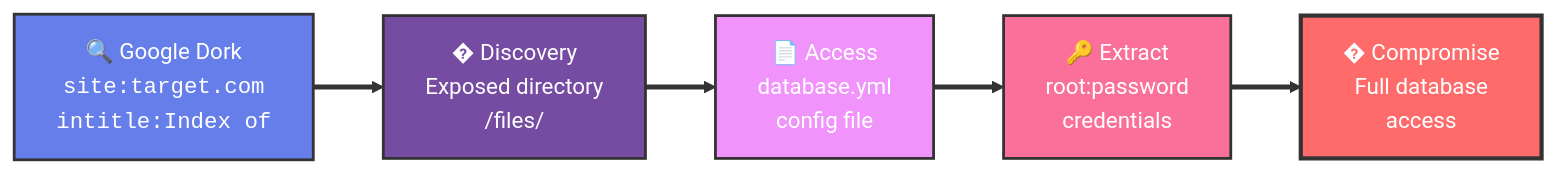
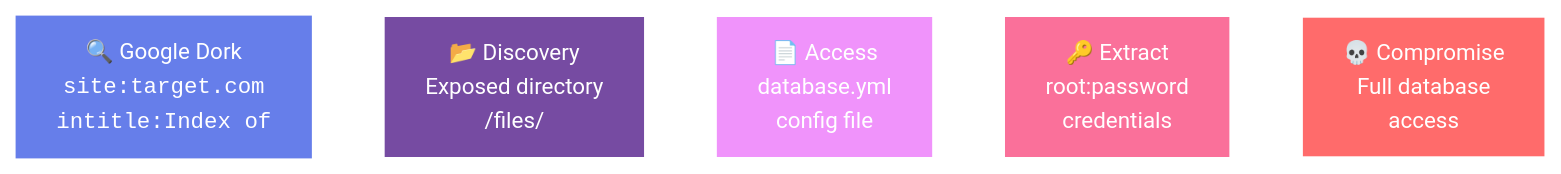
Before and after one commit to mizazhaider-ceh/Web-Security-Google-Dorking: the fourth of 7 diagrams in README.md, drawn with Mermaid. The commit also changed other lines of this file, not shown here.

````diff
--- a/README.md
+++ b/README.md
@@ -203,19 +203,19 @@
 ```mermaid
-%%{init: {'theme':'default', 'themeVariables': { 'background':'#ffffff','mainBkg':'#ffffff','secondaryBkg':'#ffffff','tertiaryBkg':'#ffffff'}}}%%
+%%{init: {'theme':'default', 'themeVariables': { 'background':'#ffffff','mainBkg':'#ffffff','secondaryBkg':'#ffffff','tertiaryBkg':'#ffffff','lineColor':'#ffffff','edgeLabelBackground':'#667eea'}}}%%
 graph LR
     A["🔍 Google Dork<br/><code>site:target.com<br/>intitle:Index of</code>"] 
     
-    A ==> B["� Discovery<br/>Exposed directory<br/>/files/"]
+    A ==> B["📂 Discovery<br/>Exposed directory<br/>/files/"]
     
     B ==> C["📄 Access<br/>database.yml<br/>config file"]
     
     C ==> D["🔑 Extract<br/>root:password<br/>credentials"]
     
-    D ==> E["� Compromise<br/>Full database<br/>access"]
+    D ==> E["💀 Compromise<br/>Full database<br/>access"]
     
-    style A fill:#667eea,stroke:#333,stroke-width:2px,color:#fff
-    style B fill:#764ba2,stroke:#333,stroke-width:2px,color:#fff
-    style C fill:#f093fb,stroke:#333,stroke-width:2px,color:#fff
-    style D fill:#fa709a,stroke:#333,stroke-width:2px,color:#fff
-    style E fill:#ff6b6b,stroke:#333,stroke-width:3px,color:#fff
+    style A fill:#667eea,stroke:#ffffff,stroke-width:2px,color:#fff
+    style B fill:#764ba2,stroke:#ffffff,stroke-width:2px,color:#fff
+    style C fill:#f093fb,stroke:#ffffff,stroke-width:2px,color:#fff
+    style D fill:#fa709a,stroke:#ffffff,stroke-width:2px,color:#fff
+    style E fill:#ff6b6b,stroke:#ffffff,stroke-width:3px,color:#fff
 ```
````
